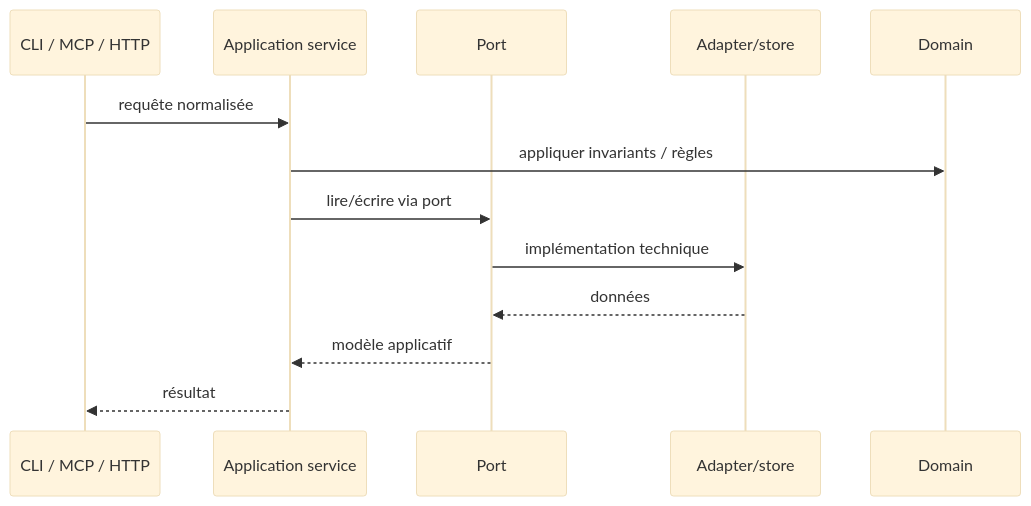
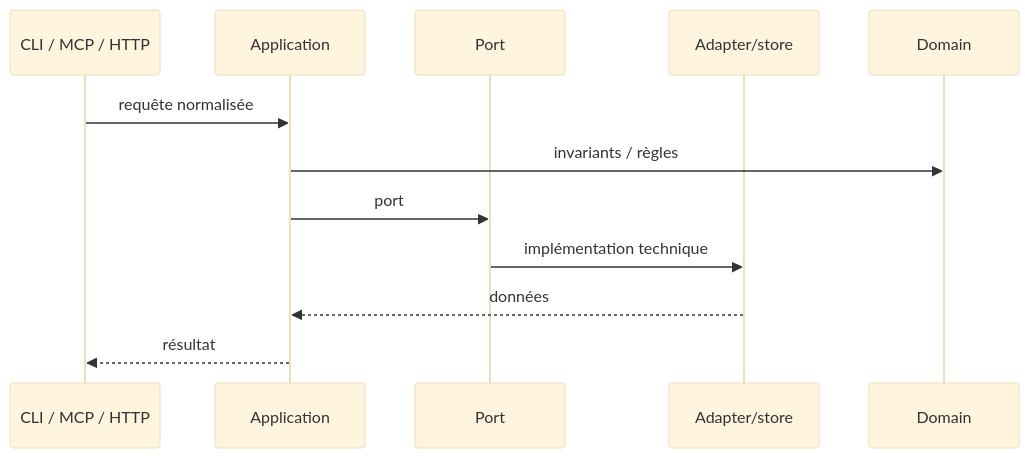
The second of 2 diagrams in docs/developer/README.md (FTurleque/morpheus-engine), drawn with Mermaid (base theme) before and after one commit. The commit also changed other lines of this file, not shown here.

````diff
--- a/docs/developer/README.md
+++ b/docs/developer/README.md
@@ -134,16 +122,15 @@
 ```mermaid
 sequenceDiagram
     participant X as CLI / MCP / HTTP
-    participant A as Application service
+    participant A as Application
     participant P as Port
     participant S as Adapter/store
     participant D as Domain
 
     X->>A: requête normalisée
-    A->>D: appliquer invariants / règles
-    A->>P: lire/écrire via port
+    A->>D: invariants / règles
+    A->>P: port
     P->>S: implémentation technique
-    S-->>P: données
-    P-->>A: modèle applicatif
+    S-->>A: données
     A-->>X: résultat
 ```
````
